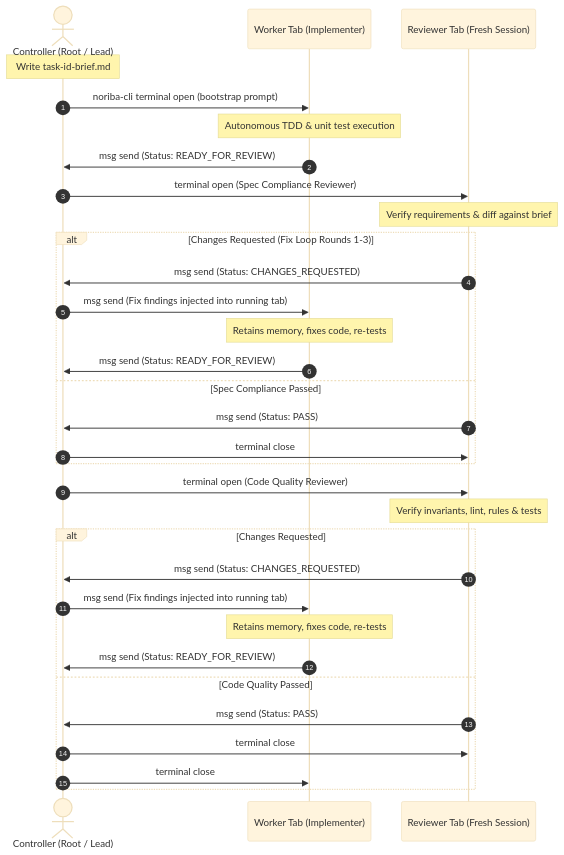
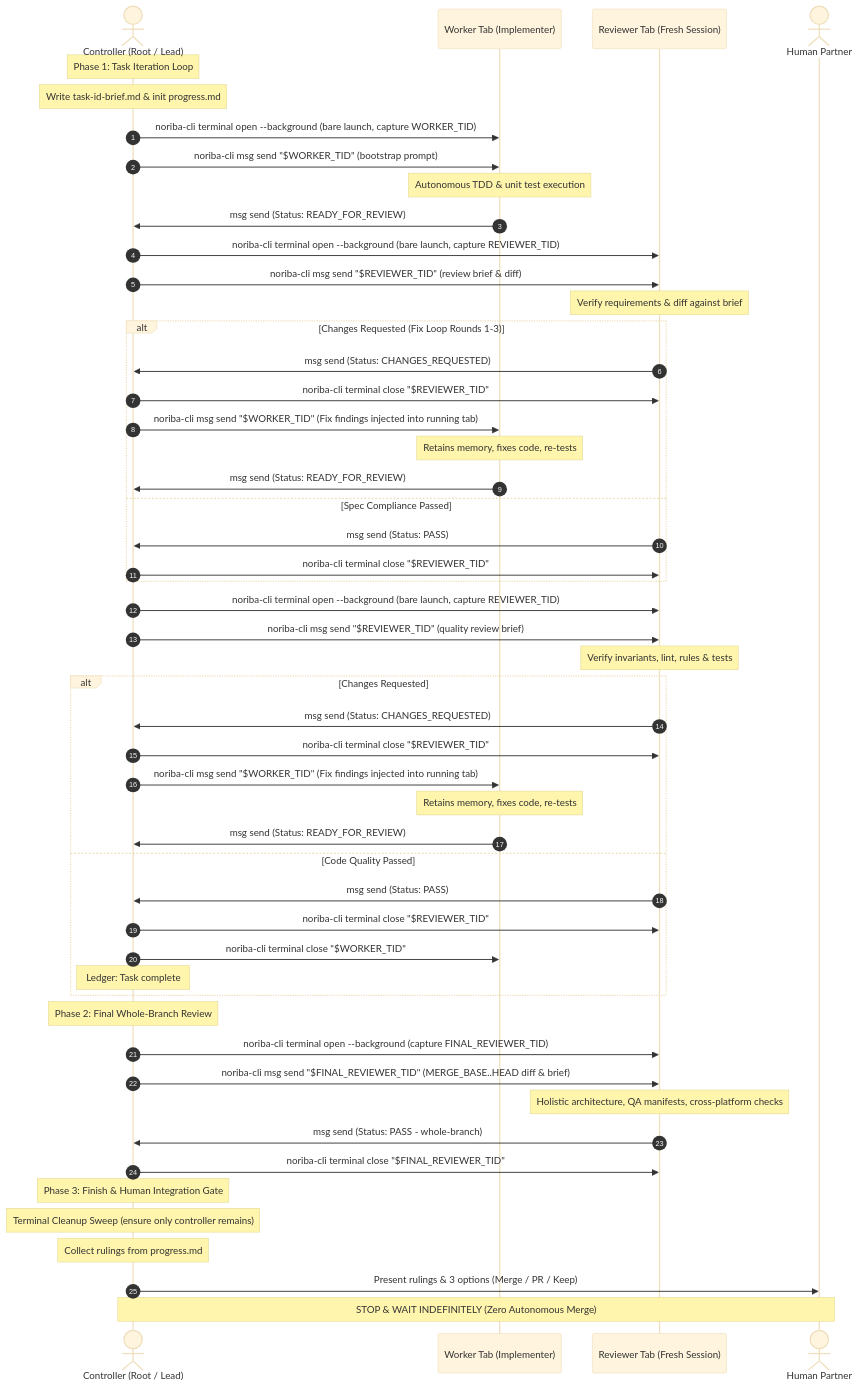
Before and after one commit to yoichiro/dotfiles: the diagram in claude/skills/noriba-subagent-driven-development/SKILL.md, drawn with Mermaid (base theme). The commit also changed other lines of this file and 10 other files, not shown here.

````diff
--- a/claude/skills/noriba-subagent-driven-development/SKILL.md
+++ b/claude/skills/noriba-subagent-driven-development/SKILL.md
@@ -28,37 +35,58 @@
 ```mermaid
 sequenceDiagram
     autonumber
     actor Controller as Controller (Root / Lead)
     participant Worker as Worker Tab (Implementer)
     participant Reviewer as Reviewer Tab (Fresh Session)
+    actor Human as Human Partner
 
-    Note over Controller: Write task-id-brief.md
-    Controller->>Worker: noriba-cli terminal open (bootstrap prompt)
+    Note over Controller: Phase 1: Task Iteration Loop
+    Note over Controller: Write task-id-brief.md & init progress.md
+    Controller->>Worker: noriba-cli terminal open --background (bare launch, capture WORKER_TID)
+    Controller->>Worker: noriba-cli msg send "$WORKER_TID" (bootstrap prompt)
     Note over Worker: Autonomous TDD & unit test execution
     Worker->>Controller: msg send (Status: READY_FOR_REVIEW)
     
-    Controller->>Reviewer: terminal open (Spec Compliance Reviewer)
+    Controller->>Reviewer: noriba-cli terminal open --background (bare launch, capture REVIEWER_TID)
+    Controller->>Reviewer: noriba-cli msg send "$REVIEWER_TID" (review brief & diff)
     Note over Reviewer: Verify requirements & diff against brief
     alt Changes Requested (Fix Loop Rounds 1-3)
         Reviewer->>Controller: msg send (Status: CHANGES_REQUESTED)
-        Controller->>Worker: msg send (Fix findings injected into running tab)
+        Controller->>Reviewer: noriba-cli terminal close "$REVIEWER_TID"
+        Controller->>Worker: noriba-cli msg send "$WORKER_TID" (Fix findings injected into running tab)
         Note over Worker: Retains memory, fixes code, re-tests
         Worker->>Controller: msg send (Status: READY_FOR_REVIEW)
     else Spec Compliance Passed
         Reviewer->>Controller: msg send (Status: PASS)
-        Controller->>Reviewer: terminal close
+        Controller->>Reviewer: noriba-cli terminal close "$REVIEWER_TID"
     end
 
-    Controller->>Reviewer: terminal open (Code Quality Reviewer)
+    Controller->>Reviewer: noriba-cli terminal open --background (bare launch, capture REVIEWER_TID)
+    Controller->>Reviewer: noriba-cli msg send "$REVIEWER_TID" (quality review brief)
     Note over Reviewer: Verify invariants, lint, rules & tests
     alt Changes Requested
         Reviewer->>Controller: msg send (Status: CHANGES_REQUESTED)
-        Controller->>Worker: msg send (Fix findings injected into running tab)
+        Controller->>Reviewer: noriba-cli terminal close "$REVIEWER_TID"
+        Controller->>Worker: noriba-cli msg send "$WORKER_TID" (Fix findings injected into running tab)
         Note over Worker: Retains memory, fixes code, re-tests
         Worker->>Controller: msg send (Status: READY_FOR_REVIEW)
     else Code Quality Passed
         Reviewer->>Controller: msg send (Status: PASS)
-        Controller->>Reviewer: terminal close
-        Controller->>Worker: terminal close
+        Controller->>Reviewer: noriba-cli terminal close "$REVIEWER_TID"
+        Controller->>Worker: noriba-cli terminal close "$WORKER_TID"
+        Note over Controller: Ledger: Task complete
     end
+
+    Note over Controller: Phase 2: Final Whole-Branch Review
+    Controller->>Reviewer: noriba-cli terminal open --background (capture FINAL_REVIEWER_TID)
+    Controller->>Reviewer: noriba-cli msg send "$FINAL_REVIEWER_TID" (MERGE_BASE..HEAD diff & brief)
+    Note over Reviewer: Holistic architecture, QA manifests, cross-platform checks
+    Reviewer->>Controller: msg send (Status: PASS - whole-branch)
+    Controller->>Reviewer: noriba-cli terminal close "$FINAL_REVIEWER_TID"
+
+    Note over Controller: Phase 3: Finish & Human Integration Gate
+    Note over Controller: Terminal Cleanup Sweep (ensure only controller remains)
+    Note over Controller: Collect rulings from progress.md
+    Controller->>Human: Present rulings & 3 options (Merge / PR / Keep)
+    Note over Controller,Human: STOP & WAIT INDEFINITELY (Zero Autonomous Merge)
 ```
````
